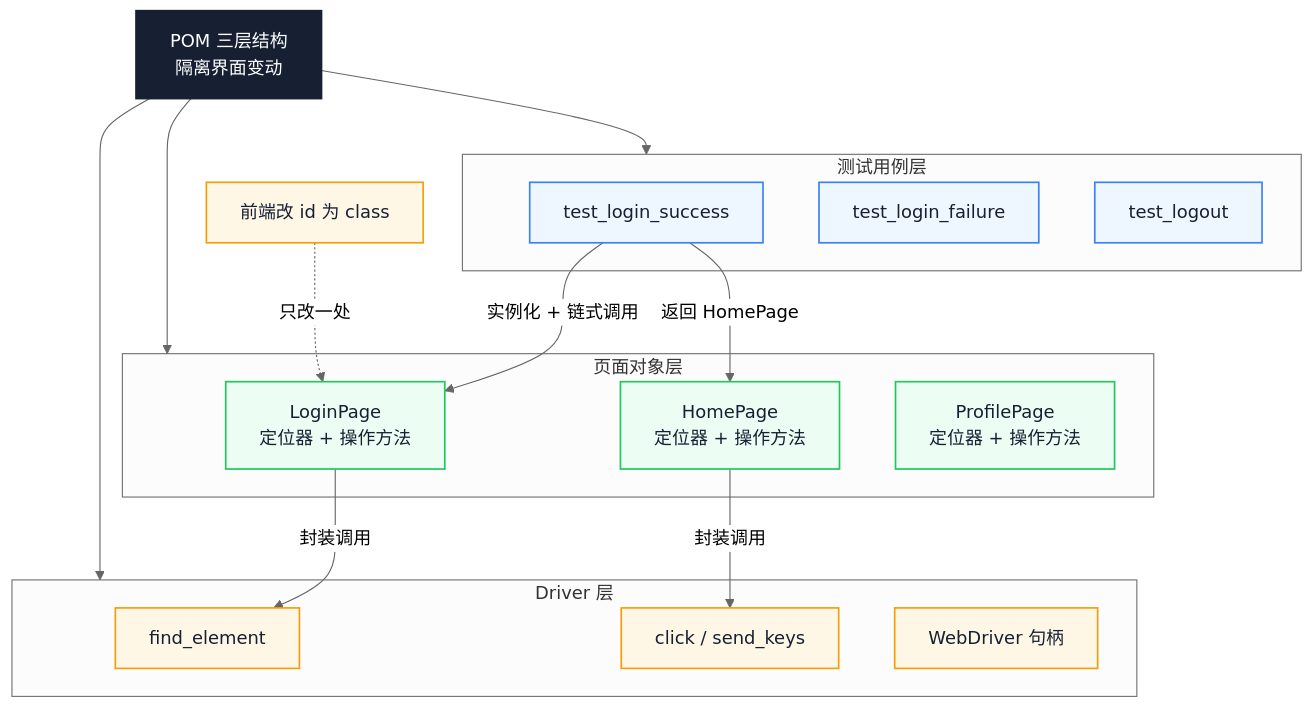
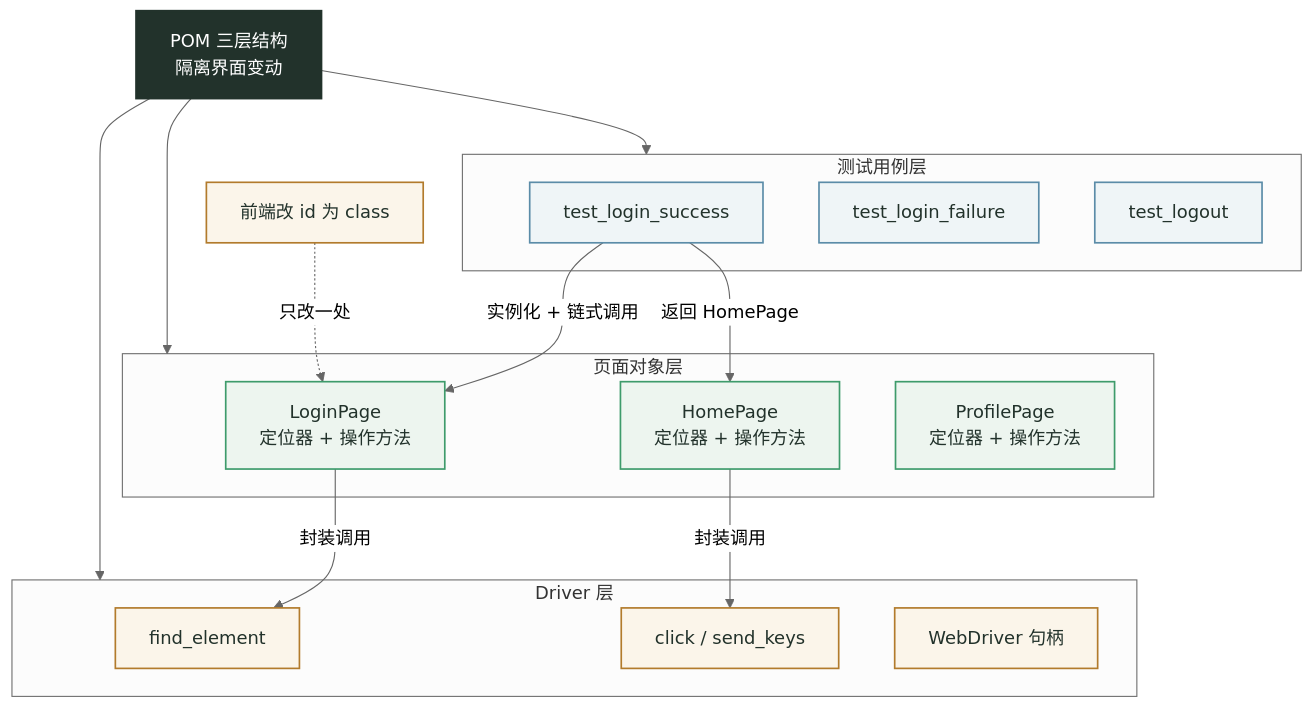
Before and after one commit to Fatejian/frontier-vault: the second of 4 diagrams in docs/testing/python-automation-testing-core-concepts.md, drawn with Mermaid (neutral theme). The commit also changed other lines of this file and 63 other files, not shown here.

````diff
--- a/docs/testing/python-automation-testing-core-concepts.md
+++ b/docs/testing/python-automation-testing-core-concepts.md
@@ -213,44 +213,44 @@
 ```mermaid
 flowchart TB
     Core["POM 三层结构<br/>隔离界面变动"]
 
     subgraph Layer1["测试用例层"]
         T1["test_login_success"]
         T2["test_login_failure"]
         T3["test_logout"]
     end
 
     subgraph Layer2["页面对象层"]
         P1["LoginPage<br/>定位器 + 操作方法"]
         P2["HomePage<br/>定位器 + 操作方法"]
         P3["ProfilePage<br/>定位器 + 操作方法"]
     end
 
     subgraph Layer3["Driver 层"]
         D1["find_element"]
         D2["click / send_keys"]
         D3["WebDriver 句柄"]
     end
 
     Core --> Layer1
     Core --> Layer2
     Core --> Layer3
 
     T1 -->|"实例化 + 链式调用"| P1
     T1 -->|"返回 HomePage"| P2
     P1 -->|"封装调用"| D1
     P2 -->|"封装调用"| D2
 
     Change["前端改 id 为 class"] -.->|"只改一处"| P1
 
-    classDef core fill:#172033,color:#fff,stroke:#172033,stroke-width:2px
-    classDef work fill:#ECFDF3,stroke:#22C55E,color:#172033,stroke-width:1.5px
-    classDef wait fill:#EEF6FF,stroke:#3B82F6,color:#172033,stroke-width:1.5px
-    classDef block fill:#FFF7E6,stroke:#F59E0B,color:#172033,stroke-width:1.5px
+    classDef core fill:#22322B,color:#fff,stroke:#22322B,stroke-width:2px
+    classDef work fill:#EDF5EF,stroke:#3E9B6B,color:#22322B,stroke-width:1.5px
+    classDef wait fill:#EFF5F7,stroke:#5B8CA8,color:#22322B,stroke-width:1.5px
+    classDef block fill:#FBF5EA,stroke:#B27B2C,color:#22322B,stroke-width:1.5px
 
     class Core core
     class T1,T2,T3 wait
     class P1,P2,P3 work
     class D1,D2,D3 block
     class Change block
 ```
````
